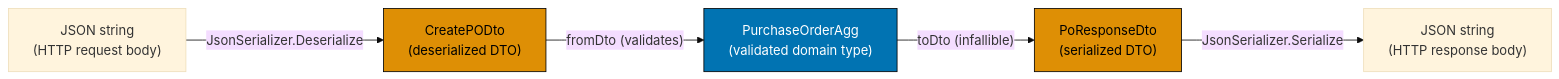
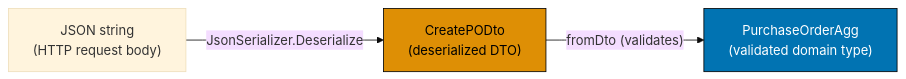
Before and after one commit to wahidyankf/open-sharia-enterprise: the first of 14 diagrams in apps/ayokoding-web/content/en/learn/software-engineering/software-architecture/domain-driven-design-ddd/in-fp-by-example/advanced.md, drawn with Mermaid (base theme). The commit also changed other lines of this file and 11 other files, not shown here.

First line of the commit message:
fix(ayokoding-web): repair 28 mermaid violations in expansion files

````diff
--- a/apps/ayokoding-web/content/en/learn/software-engineering/software-architecture/domain-driven-design-ddd/in-fp-by-example/advanced.md
+++ b/apps/ayokoding-web/content/en/learn/software-engineering/software-architecture/domain-driven-design-ddd/in-fp-by-example/advanced.md
@@ -33,17 +35,12 @@
 ```mermaid
 graph LR
     JSON_In["JSON string\n(HTTP request body)"]
     DTO_In["CreatePODto\n(deserialized DTO)"]
     Domain["PurchaseOrderAgg\n(validated domain type)"]
-    DTO_Out["PoResponseDto\n(serialized DTO)"]
-    JSON_Out["JSON string\n(HTTP response body)"]
 
     JSON_In -- "JsonSerializer.Deserialize" --> DTO_In
     DTO_In -- "fromDto (validates)" --> Domain
-    Domain -- "toDto (infallible)" --> DTO_Out
-    DTO_Out -- "JsonSerializer.Serialize" --> JSON_Out
 
     style DTO_In fill:#DE8F05,stroke:#000,color:#000
     style Domain fill:#0173B2,stroke:#000,color:#fff
-    style DTO_Out fill:#DE8F05,stroke:#000,color:#000
 ```
````
